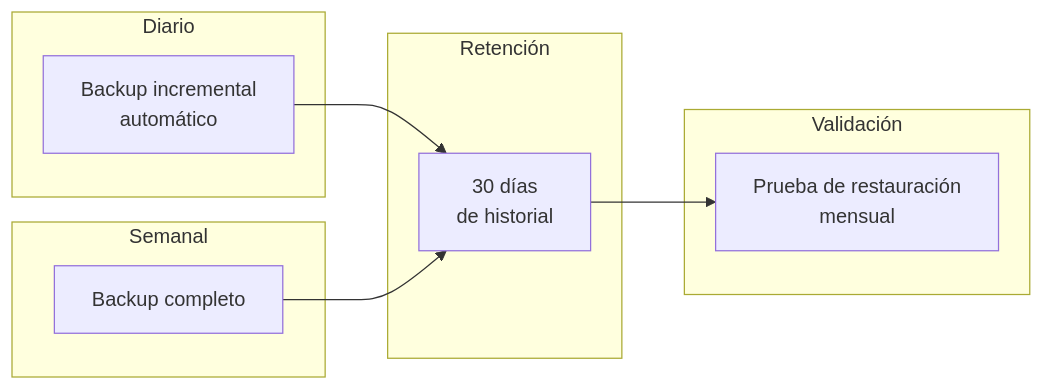
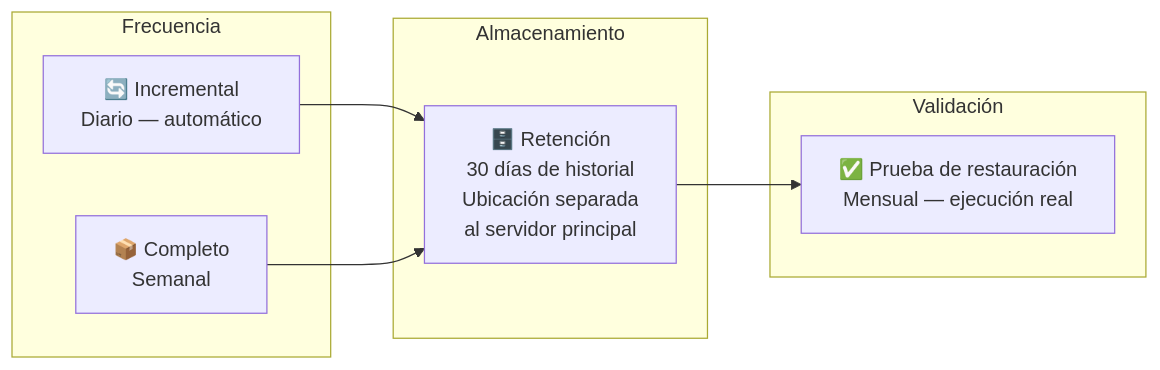
The seventh of 8 diagrams in docs/ALCANCE_DEL_PROYECTO.md (CosmeSoto/Tickets), drawn with Mermaid before and after one commit. The commit also changed other lines of this file, not shown here.

````diff
--- a/docs/ALCANCE_DEL_PROYECTO.md
+++ b/docs/ALCANCE_DEL_PROYECTO.md
@@ -375,19 +449,19 @@
 ```mermaid
-graph LR
-    subgraph Diario
-        D1[Backup incremental<br/>automático]
-    end
-    subgraph Semanal
-        S1[Backup completo]
-    end
-    subgraph Retención
-        R1[30 días<br/>de historial]
-    end
-    subgraph Validación
-        V1[Prueba de restauración<br/>mensual]
+flowchart LR
+    subgraph Frecuencia
+        D["🔄 Incremental<br/>Diario — automático"]
+        S["📦 Completo<br/>Semanal"]
     end
 
-    D1 --> R1
-    S1 --> R1
-    R1 --> V1
+    subgraph Almacenamiento
+        R["🗄️ Retención<br/>30 días de historial<br/>Ubicación separada<br/>al servidor principal"]
+    end
+
+    subgraph Validación
+        V["✅ Prueba de restauración<br/>Mensual — ejecución real"]
+    end
+
+    D --> R
+    S --> R
+    R --> V
 ```
````
